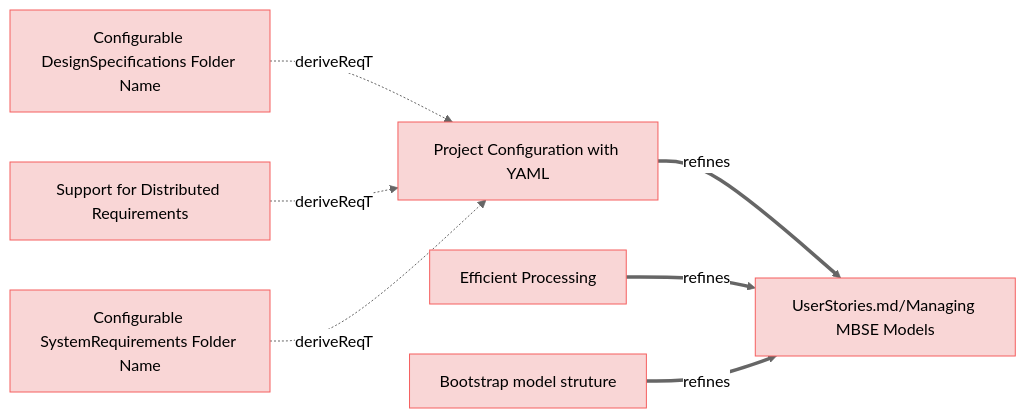
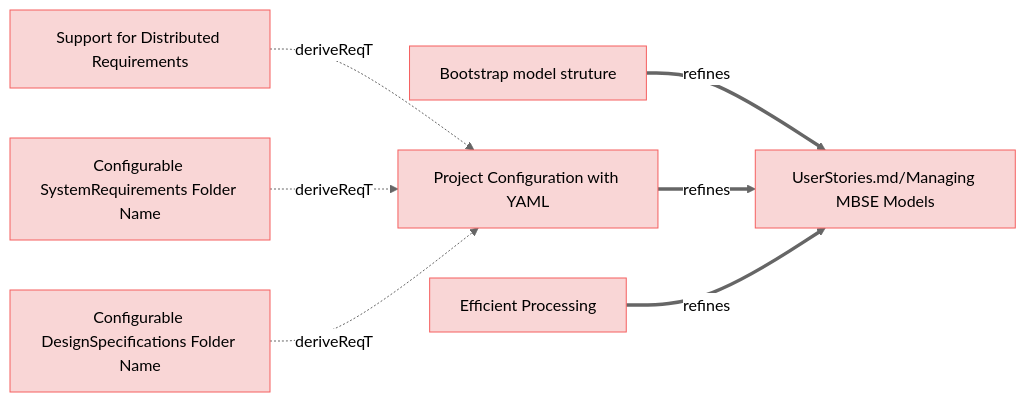
The first of 3 diagrams in specifications/UserRequirements.md (reqvire-org/reqvire), drawn with Mermaid (neutral theme) before and after one commit. The commit also changed other lines of this file and 17 other files, not shown here.

````diff
--- a/specifications/UserRequirements.md
+++ b/specifications/UserRequirements.md
@@ -4,36 +5,35 @@
 ```mermaid
 graph LR;
   %% Graph styling
   classDef requirement fill:#f9d6d6,stroke:#f55f5f,stroke-width:1px;
   classDef verification fill:#d6f9d6,stroke:#5fd75f,stroke-width:1px;
   classDef externalLink fill:#d0e0ff,stroke:#3080ff,stroke-width:1px;
   classDef default fill:#f5f5f5,stroke:#333333,stroke-width:1px;
-
-  3745496893["Configurable DesignSpecifications Folder Name"];
-  click 3745496893 "UserRequirements.md#configurable-designspecifications-folder-name";
-  class 3745496893 requirement;
+  a2398f7051["Bootstrap model struture"];
+  click a2398f7051 "UserRequirements.md#bootstrap-model-struture";
+  class a2398f7051 requirement;
+  852dea6cfe["UserStories.md/Managing MBSE Models"];
+  class 852dea6cfe requirement;
+  click 852dea6cfe "UserStories.md#managing-mbse-models";
+  a2398f7051 ==>|refines| 852dea6cfe;
+  fc49f77257["Support for Distributed Requirements"];
+  click fc49f77257 "UserRequirements.md#support-for-distributed-requirements";
+  class fc49f77257 requirement;
   7430e12113["Project Configuration with YAML"];
   class 7430e12113 requirement;
   click 7430e12113 "UserRequirements.md#project-configuration-with-yaml";
-  3745496893 -.->|deriveReqT| 7430e12113;
-  852dea6cfe["UserStories.md/Managing MBSE Models"];
-  class 852dea6cfe requirement;
-  click 852dea6cfe "UserStories.md#managing-mbse-models";
+  fc49f77257 -.->|deriveReqT| 7430e12113;
   7430e12113 ==>|refines| 852dea6cfe;
+  438060bb46["Configurable SystemRequirements Folder Name"];
+  click 438060bb46 "UserRequirements.md#configurable-systemrequirements-folder-name";
+  class 438060bb46 requirement;
+  438060bb46 -.->|deriveReqT| 7430e12113;
   f07cf1cbfa["Efficient Processing"];
   click f07cf1cbfa "UserRequirements.md#efficient-processing";
   class f07cf1cbfa requirement;
   f07cf1cbfa ==>|refines| 852dea6cfe;
-  a2398f7051["Bootstrap model struture"];
-  click a2398f7051 "UserRequirements.md#bootstrap-model-struture";
-  class a2398f7051 requirement;
-  a2398f7051 ==>|refines| 852dea6cfe;
-  fc49f77257["Support for Distributed Requirements"];
-  click fc49f77257 "UserRequirements.md#support-for-distributed-requirements";
-  class fc49f77257 requirement;
-  fc49f77257 -.->|deriveReqT| 7430e12113;
-  438060bb46["Configurable SystemRequirements Folder Name"];
-  click 438060bb46 "UserRequirements.md#configurable-systemrequirements-folder-name";
-  class 438060bb46 requirement;
-  438060bb46 -.->|deriveReqT| 7430e12113;
+  3745496893["Configurable DesignSpecifications Folder Name"];
+  click 3745496893 "UserRequirements.md#configurable-designspecifications-folder-name";
+  class 3745496893 requirement;
+  3745496893 -.->|deriveReqT| 7430e12113;
 ```
````
